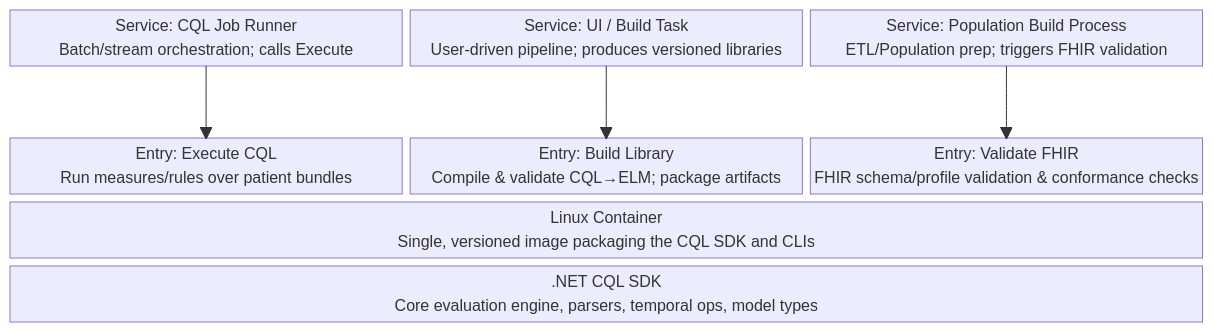
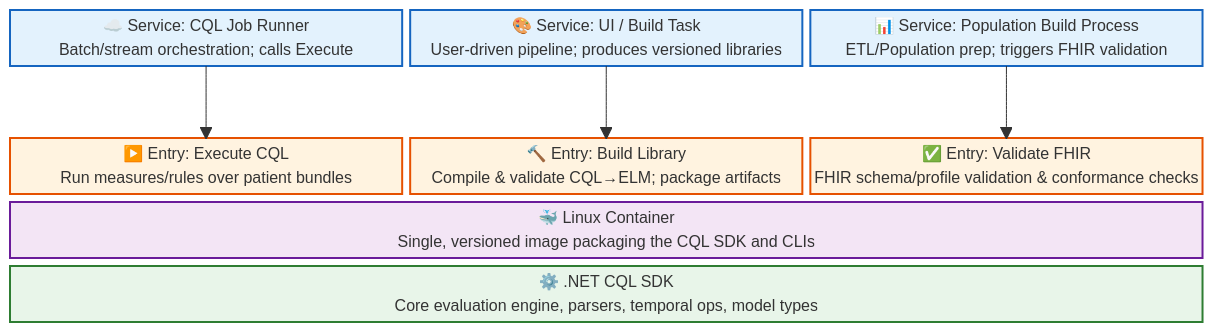
One commit to ArtnerC/job-coordinator changed the first of 2 diagrams in job-coordinator/docs/container.md. Above: the diagram before and after it, drawn with Mermaid. The commit also changed other lines of this file, not shown here.

Commit message:
feat: enhance container architecture documentation with improved mermaid diagrams and service icons

````diff
--- a/job-coordinator/docs/container.md
+++ b/job-coordinator/docs/container.md
@@ -1,27 +9,38 @@
 ```mermaid
 block-beta
   columns 3
 
   %% LAYER 4 — Callers/Services
-  svc_exec["Service: CQL Job Runner<br/>Batch/stream orchestration; calls Execute"]
-  svc_build["Service: UI / Build Task<br/>User-driven pipeline; produces versioned libraries"]
-  svc_pop["Service: Population Build Process<br/>ETL/Population prep; triggers FHIR validation"]
+  svc_exec["☁️ Service: CQL Job Runner<br/>Batch/stream orchestration; calls Execute"]
+  svc_build["🎨 Service: UI / Build Task<br/>User-driven pipeline; produces versioned libraries"]
+  svc_pop["📊 Service: Population Build Process<br/>ETL/Population prep; triggers FHIR validation"]
 
   space:3
 
   %% LAYER 3 — Entry Points (same image, different commands)
-  exec["Entry: Execute CQL<br/>Run measures/rules over patient bundles"]
-  buildlib["Entry: Build Library<br/>Compile & validate CQL→ELM; package artifacts"]
-  validate["Entry: Validate FHIR<br/>FHIR schema/profile validation & conformance checks"]
+  exec["▶️ Entry: Execute CQL<br/>Run measures/rules over patient bundles"]
+  buildlib["🔨 Entry: Build Library<br/>Compile & validate CQL→ELM; package artifacts"]
+  validate["✅ Entry: Validate FHIR<br/>FHIR schema/profile validation & conformance checks"]
 
   %% LAYER 2 — Containerization
-  container["Linux Container<br/>Single, versioned image packaging the CQL SDK and CLIs"]:3
+  container["🐳 Linux Container<br/>Single, versioned image packaging the CQL SDK and CLIs"]:3
 
   %% LAYER 1 — Core SDK
-  core[".NET CQL SDK<br/>Core evaluation engine, parsers, temporal ops, model types"]:3
+  core["⚙️ .NET CQL SDK<br/>Core evaluation engine, parsers, temporal ops, model types"]:3
 
   %% FLOWS BETWEEN LAYERS
   svc_exec --> exec
   svc_build --> buildlib
   svc_pop --> validate
+
+  %% STYLING
+  classDef services fill:#e3f2fd,stroke:#1565c0,stroke-width:2px
+  classDef entries fill:#fff3e0,stroke:#e65100,stroke-width:2px
+  classDef container fill:#f3e5f5,stroke:#6a1b9a,stroke-width:2px
+  classDef sdk fill:#e8f5e9,stroke:#2e7d32,stroke-width:2px
+
+  class svc_exec,svc_build,svc_pop services
+  class exec,buildlib,validate entries
+  class container container
+  class core sdk
 ```
````
